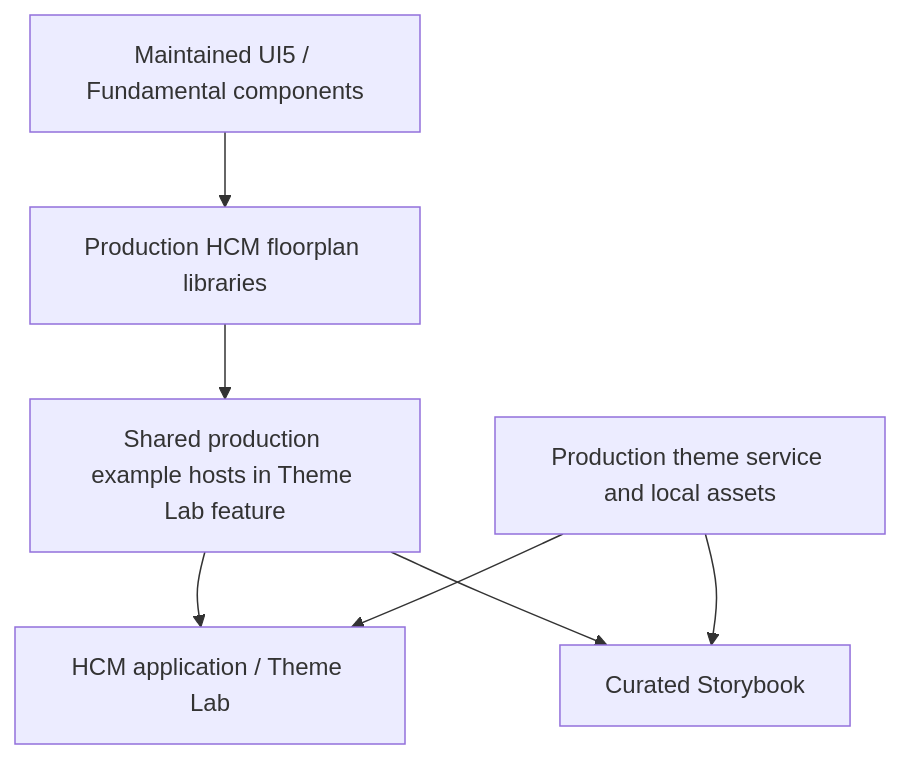
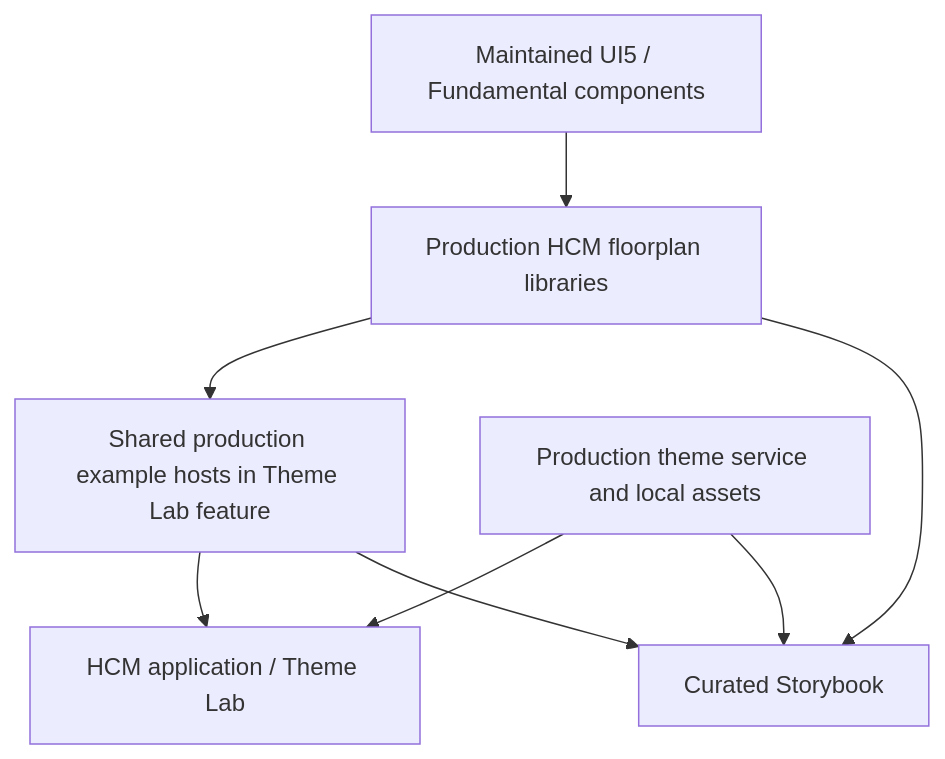
The diagram in docs/hcm/ux/storybook.md (alarhoo/empflowyee), drawn with Mermaid before and after one commit. The commit also changed other lines of this file and 116 other files, not shown here.

````diff
--- a/docs/hcm/ux/storybook.md
+++ b/docs/hcm/ux/storybook.md
@@ -21,9 +21,10 @@
 ```mermaid
 flowchart TD
   Native["Maintained UI5 / Fundamental components"] --> Floorplans["Production HCM floorplan libraries"]
   Floorplans --> Examples["Shared production example hosts in Theme Lab feature"]
+  Floorplans --> Stories
   Examples --> App["HCM application / Theme Lab"]
   Examples --> Stories["Curated Storybook"]
   Theme["Production theme service and local assets"] --> App
   Theme --> Stories
 ```
````
